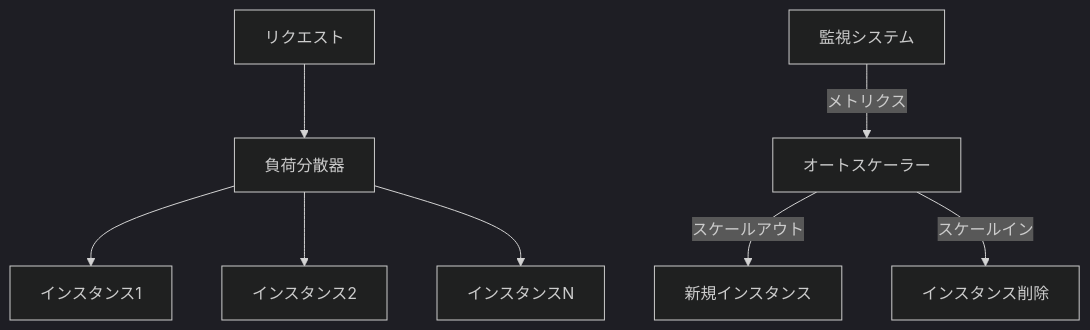
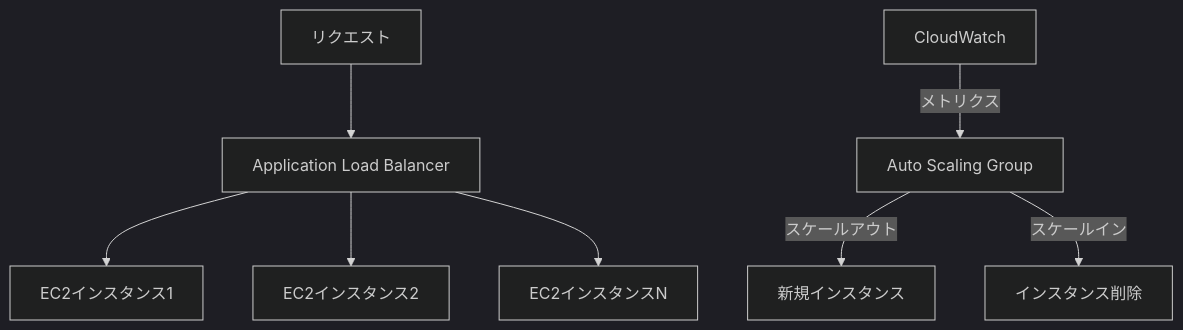
One commit to shiftplus-corp-homan-keisuke/artifact changed the eighth of 9 diagrams in 詳細設計書.md. Above: the diagram before and after it, drawn with Mermaid (dark theme). The commit also changed other lines of this file and 3 other files, not shown here.

````diff
--- a/詳細設計書.md
+++ b/詳細設計書.md
@@ -392,10 +419,10 @@
 ```mermaid
 flowchart TD
-    Requests[リクエスト] --> LoadBalancer[負荷分散器]
-    LoadBalancer --> Instance1[インスタンス1]
-    LoadBalancer --> Instance2[インスタンス2]
-    LoadBalancer --> InstanceN[インスタンスN]
-    Monitoring[監視システム] --> |メトリクス| AutoScaler[オートスケーラー]
+    Requests[リクエスト] --> LoadBalancer[Application Load Balancer]
+    LoadBalancer --> Instance1[EC2インスタンス1]
+    LoadBalancer --> Instance2[EC2インスタンス2]
+    LoadBalancer --> InstanceN[EC2インスタンスN]
+    CloudWatch[CloudWatch] --> |メトリクス| AutoScaler[Auto Scaling Group]
     AutoScaler --> |スケールアウト| NewInstance[新規インスタンス]
     AutoScaler --> |スケールイン| RemoveInstance[インスタンス削除]
 ```
````
